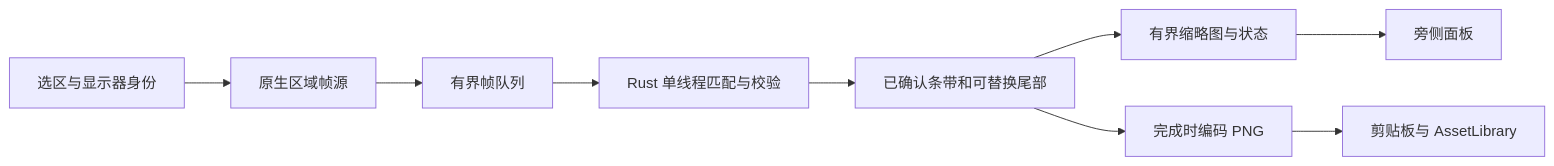
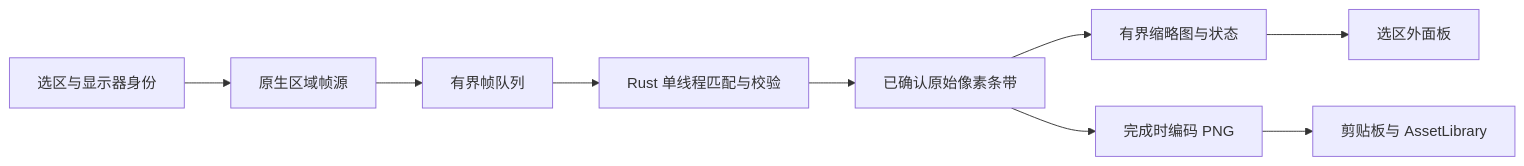
One commit to yuxino/Kiri changed the diagram in docs/adr/0109-scrolling-capture.md. Above: the diagram before and after it, drawn with Mermaid. The commit also changed other lines of this file and 41 other files, not shown here.

````diff
--- a/docs/adr/0109-scrolling-capture.md
+++ b/docs/adr/0109-scrolling-capture.md
@@ -101,11 +90,11 @@
 ```mermaid
 flowchart LR
   A[选区与显示器身份] --> B[原生区域帧源]
   B --> C[有界帧队列]
   C --> D[Rust 单线程匹配与校验]
-  D --> E[已确认条带和可替换尾部]
+  D --> E[已确认原始像素条带]
   E --> F[有界缩略图与状态]
-  F --> G[旁侧面板]
+  F --> G[选区外面板]
   E --> H[完成时编码 PNG]
   H --> I[剪贴板与 AssetLibrary]
 ```
````
